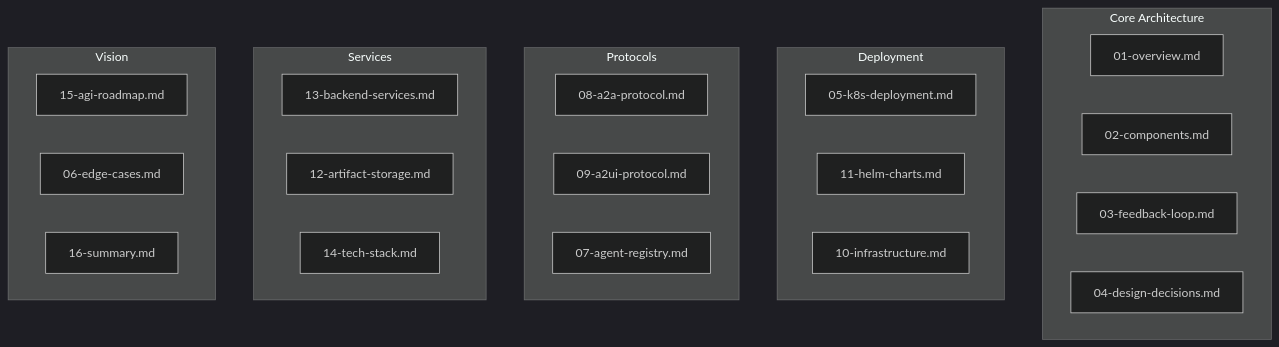
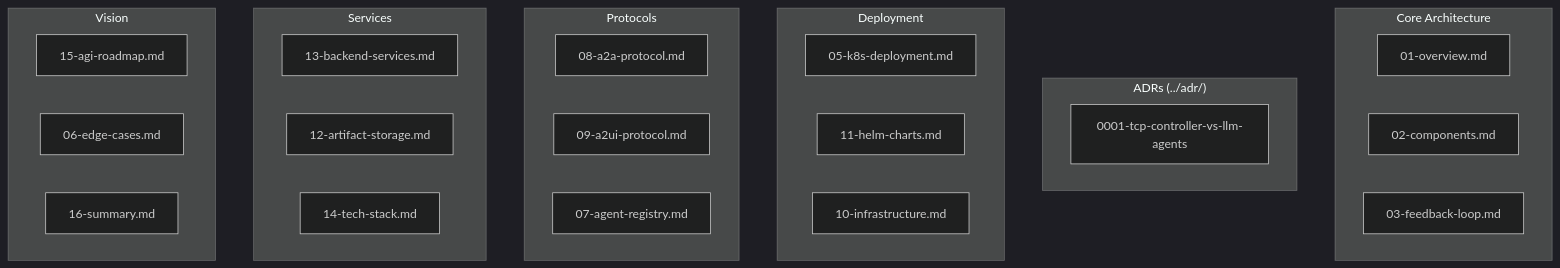
The diagram in docs/arch/README.md (dshcherbatiuk/forgemaster), drawn with Mermaid (dark theme) before and after one commit. The commit also changed other lines of this file and 2 other files, not shown here.

First line of the commit message:
feat: OHS-0000 move design decisions to ADR format

````diff
--- a/docs/arch/README.md
+++ b/docs/arch/README.md
@@ -9,33 +9,36 @@
 ```mermaid
 flowchart TB
     subgraph Core["Core Architecture"]
         OV[01-overview.md]
         COMP[02-components.md]
         FB[03-feedback-loop.md]
-        DD[04-design-decisions.md]
+    end
+
+    subgraph ADR["ADRs (../adr/)"]
+        DD[0001-tcp-controller-vs-llm-agents]
     end
 
     subgraph Deployment["Deployment"]
         K8S[05-k8s-deployment.md]
         HELM[11-helm-charts.md]
         INFRA[10-infrastructure.md]
     end
 
     subgraph Protocols["Protocols"]
         A2A[08-a2a-protocol.md]
         A2UI[09-a2ui-protocol.md]
         REG[07-agent-registry.md]
     end
 
     subgraph Services["Services"]
         RUST[13-backend-services.md]
         STORE[12-artifact-storage.md]
         TECH[14-tech-stack.md]
     end
 
     subgraph Future["Vision"]
         AGI[15-agi-roadmap.md]
         EDGE[06-edge-cases.md]
         SUM[16-summary.md]
     end
 ```
````
